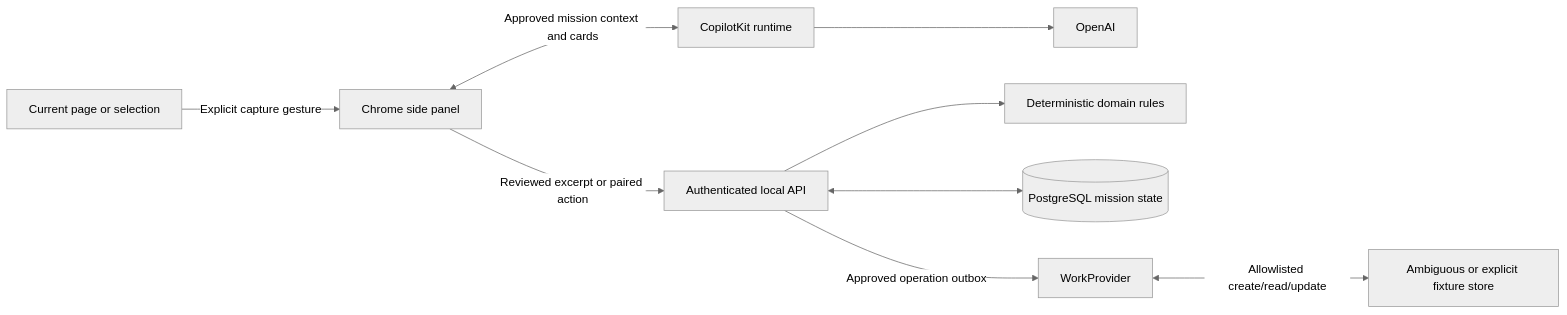
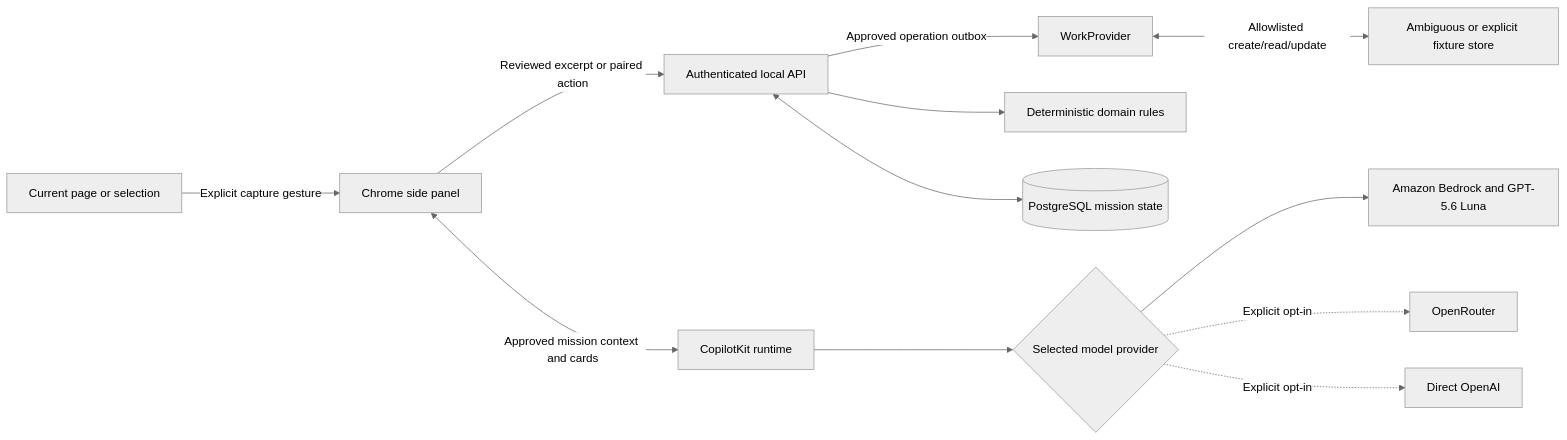
The diagram in docs/architecture.md (Xuefeng-Zhu/MissionDeck), drawn with Mermaid (neutral theme) before and after one commit. The commit also changed other lines of this file and 33 other files, not shown here.

Commit message:
Switch MissionDeck to Bedrock Luna

````diff
--- a/docs/architecture.md
+++ b/docs/architecture.md
@@ -27,11 +27,14 @@
 ```mermaid
 flowchart LR
   Page[Current page or selection] -->|Explicit capture gesture| Extension[Chrome side panel]
   Extension -->|Reviewed excerpt or paired action| API[Authenticated local API]
   Extension <-->|Approved mission context and cards| Copilot[CopilotKit runtime]
-  Copilot --> OpenAI[OpenAI]
+  Copilot --> Model{Selected model provider}
+  Model --> Bedrock[Amazon Bedrock and GPT-5.6 Luna]
+  Model -. Explicit opt-in .-> OpenRouter[OpenRouter]
+  Model -. Explicit opt-in .-> OpenAI[Direct OpenAI]
   API --> Domain[Deterministic domain rules]
   API <--> DB[(PostgreSQL mission state)]
   API -->|Approved operation outbox| Adapter[WorkProvider]
   Adapter <-->|Allowlisted create/read/update| Provider[Ambiguous or explicit fixture store]
 ```
````
